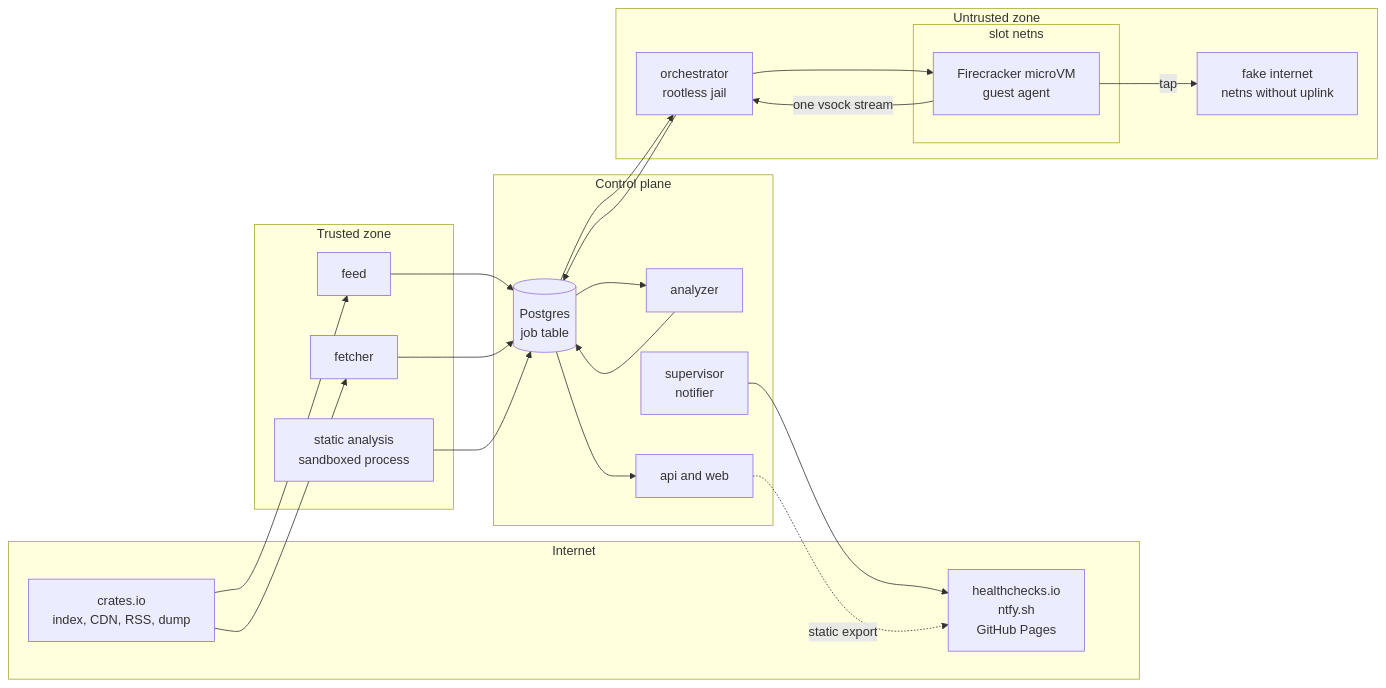
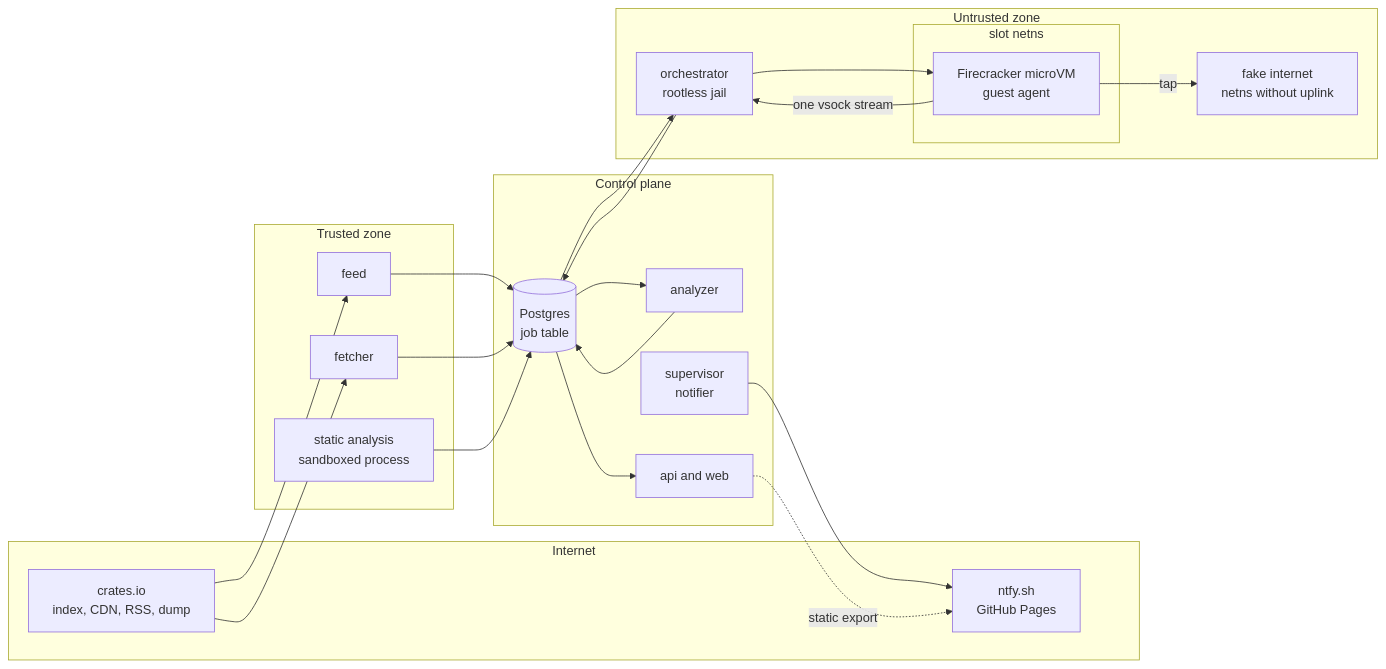
The first of 2 diagrams in docs/ARCHITECTURE.md (janfedler/crateward), drawn with Mermaid before and after one commit. The commit also changed other lines of this file and 19 other files, not shown here.

````diff
--- a/docs/ARCHITECTURE.md
+++ b/docs/ARCHITECTURE.md
@@ -49,40 +49,40 @@
 ```mermaid
 flowchart LR
     subgraph internet[Internet]
         cio[crates.io<br/>index, CDN, RSS, dump]
-        ext[healthchecks.io<br/>ntfy.sh<br/>GitHub Pages]
+        ext[ntfy.sh<br/>GitHub Pages]
     end
     subgraph trusted[Trusted zone]
         feed[feed]
         fetcher[fetcher]
         sa[static analysis<br/>sandboxed process]
     end
     subgraph untrusted[Untrusted zone]
         orch[orchestrator<br/>rootless jail]
         subgraph slot[slot netns]
             vm[Firecracker microVM<br/>guest agent]
         end
         fi[fake internet<br/>netns without uplink]
     end
     subgraph control[Control plane]
         pg[(Postgres<br/>job table)]
         an[analyzer]
         api[api and web]
         sup[supervisor<br/>notifier]
     end
     cio --> feed
     cio --> fetcher
     feed --> pg
     fetcher --> pg
     sa --> pg
     pg --> orch
     orch --> vm
     vm -- tap --> fi
     vm -- one vsock stream --> orch
     orch --> pg
     pg --> an
     an --> pg
     pg --> api
     sup --> ext
     api -. static export .-> ext
 ```
````
